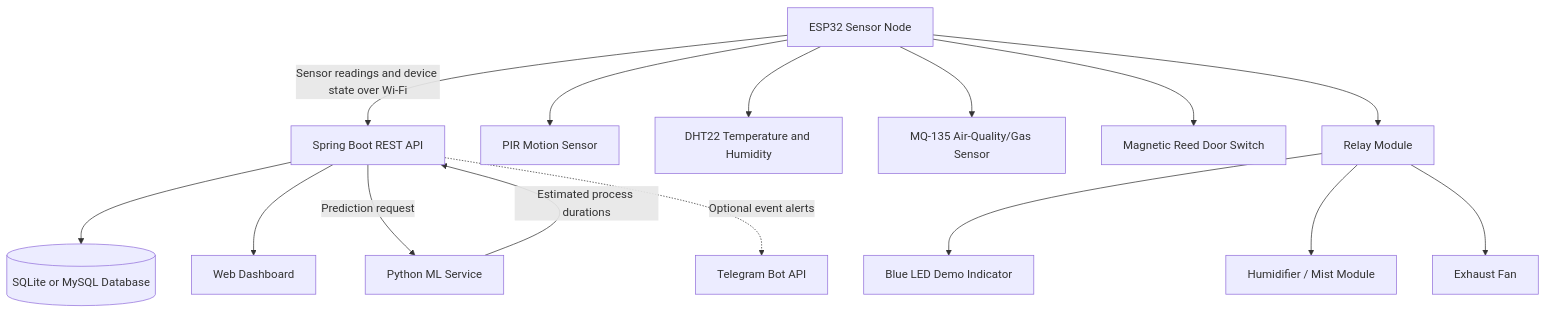
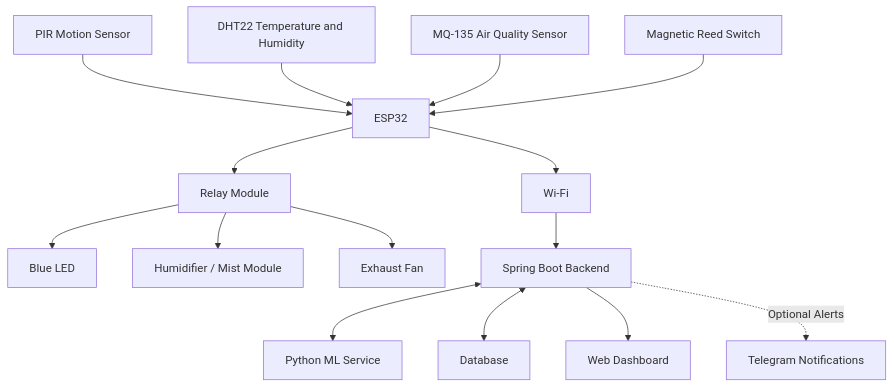
Before and after one commit to shankarbkori/Automated-Operation-Theatre-Sterilization-System: the diagram in README.md, drawn with Mermaid. The commit also changed other lines of this file, not shown here.

````diff
--- a/README.md
+++ b/README.md
@@ -38,17 +9,39 @@
 ```mermaid
 flowchart TD
-    S[ESP32 Sensor Node] -->|Sensor readings and device state over Wi-Fi| API[Spring Boot REST API]
-    API --> DB[(SQLite or MySQL Database)]
-    API --> UI[Web Dashboard]
-    API -->|Prediction request| ML[Python ML Service]
-    ML -->|Estimated process durations| API
-    S --> P[PIR Motion Sensor]
-    S --> D[DHT22 Temperature and Humidity]
-    S --> G[MQ-135 Air-Quality/Gas Sensor]
-    S --> R[Magnetic Reed Door Switch]
-    S --> RELAY[Relay Module]
-    RELAY --> LED[Blue LED Demo Indicator]
-    RELAY --> HUM[Humidifier / Mist Module]
-    RELAY --> FAN[Exhaust Fan]
-    API -. Optional event alerts .-> TG[Telegram Bot API]
+    A[ESP32]
+    
+    B[PIR Motion Sensor]
+    C[DHT22 Temperature and Humidity]
+    D[MQ-135 Air Quality Sensor]
+    E[Magnetic Reed Switch]
+    
+    F[Relay Module]
+    G[Blue LED]
+    H[Humidifier / Mist Module]
+    I[Exhaust Fan]
+    
+    J[Wi-Fi]
+    K[Spring Boot Backend]
+    L[Python ML Service]
+    M[Database]
+    N[Web Dashboard]
+    O[Telegram Notifications]
+
+    B --> A
+    C --> A
+    D --> A
+    E --> A
+
+    A --> F
+    F --> G
+    F --> H
+    F --> I
+
+    A --> J
+    J --> K
+
+    K <--> L
+    K <--> M
+    K --> N
+    K -. Optional Alerts .-> O
 ```
````
